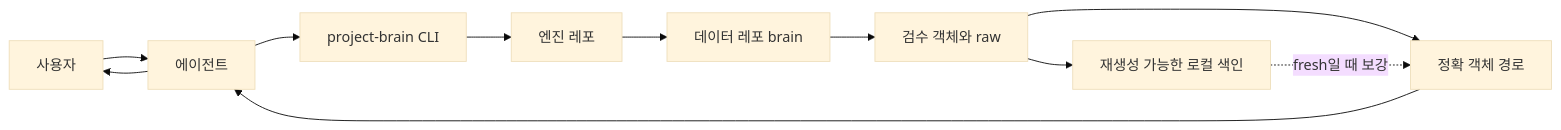
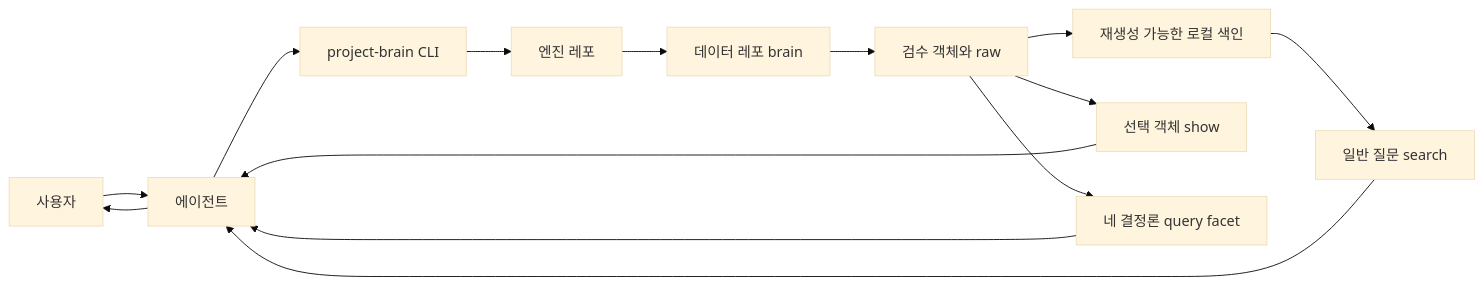
One commit to mooh1222/project-brain changed the diagram in docs/architecture/README.md. Above: the diagram before and after it, drawn with Mermaid (base theme). The commit also changed other lines of this file and 16 other files, not shown here.

Commit message:
refactor(query): unify general recall through search (#61)

````diff
--- a/docs/architecture/README.md
+++ b/docs/architecture/README.md
@@ -14,13 +15,16 @@
 ```mermaid
 flowchart LR
     User[사용자] --> Agent[에이전트]
     Agent --> CLI[project-brain CLI]
     CLI --> Engine[엔진 레포]
     Engine --> Data[데이터 레포 brain]
     Data --> Objects[검수 객체와 raw]
     Objects --> Index[재생성 가능한 로컬 색인]
-    Objects --> Query[정확 객체 경로]
-    Index -. fresh일 때 보강 .-> Query
+    Index --> Search[일반 질문 search]
+    Objects --> Show[선택 객체 show]
+    Objects --> Query[네 결정론 query facet]
+    Search --> Agent
+    Show --> Agent
     Query --> Agent
     Agent --> User
 ```
````
